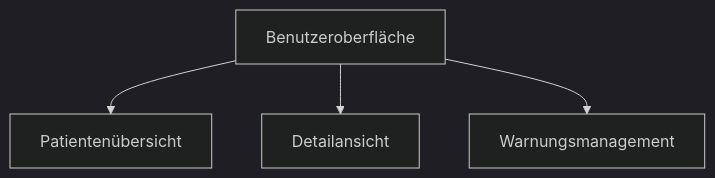
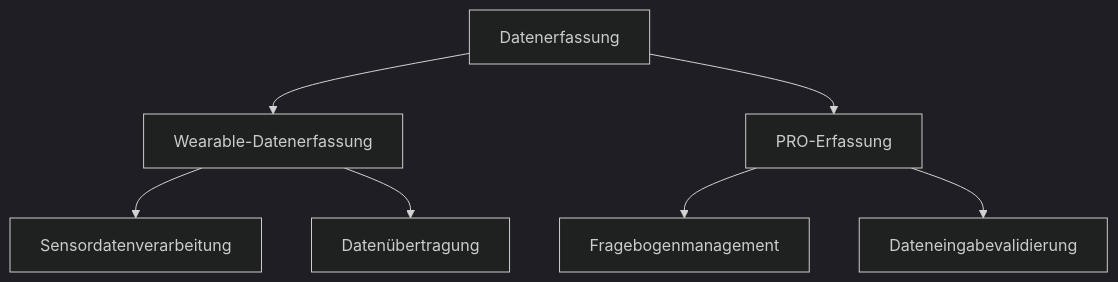
Before and after one commit to DustinScharf/SWTPbtu2024: the seventh of 9 diagrams in arc42/arc42-template-DE.md, drawn with Mermaid (dark theme). The commit also changed other lines of this file, not shown here.

````diff
--- a/arc42/arc42-template-DE.md
+++ b/arc42/arc42-template-DE.md
@@ -274,6 +256,9 @@
 ```mermaid
 graph TD
-    E[Benutzeroberfläche] --> E1[Patientenübersicht]
-    E --> E2[Detailansicht]
-    E --> E3[Warnungsmanagement]
+    A[Datenerfassung] --> B[Wearable-Datenerfassung]
+    A --> C[PRO-Erfassung]
+    B --> D[Sensordatenverarbeitung]
+    B --> E[Datenübertragung]
+    C --> F[Fragebogenmanagement]
+    C --> G[Dateneingabevalidierung]
 ```
````
